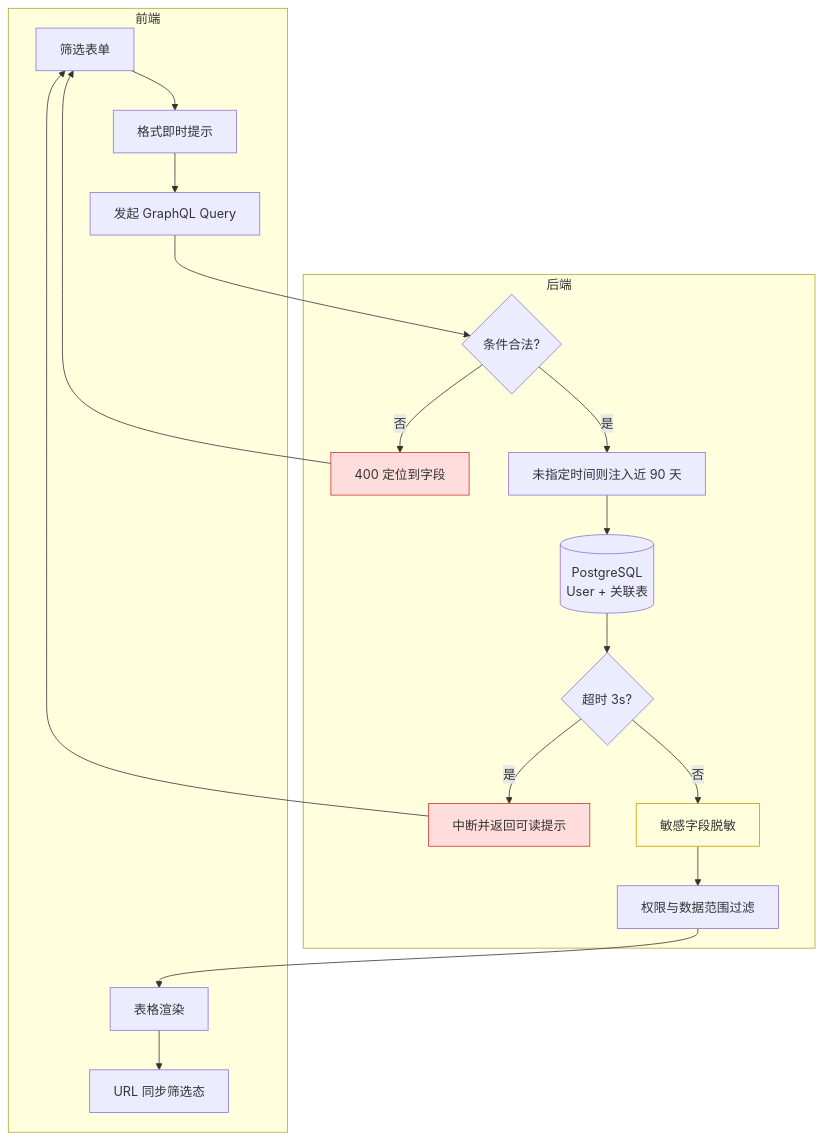
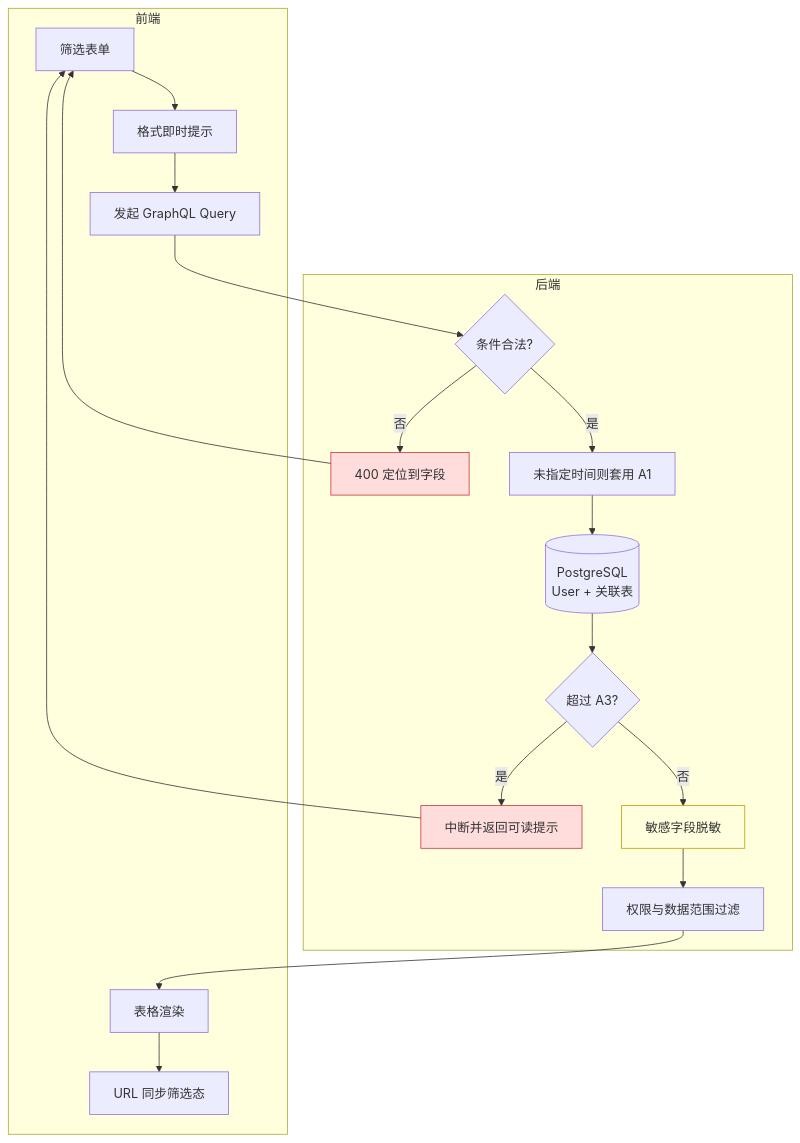
Before and after one commit to bingo-lab-1/bingo-figma: the second of 2 diagrams in M2-用户管理/2.1-用户列表/README.md, drawn with Mermaid. The commit also changed other lines of this file and 2 other files, not shown here.

First line of the commit message:
docs(2.1): 按 PRD 与流程图指南整改 — 消灭重复信息,补假设清单与流程图

````diff
--- a/M2-用户管理/2.1-用户列表/README.md
+++ b/M2-用户管理/2.1-用户列表/README.md
@@ -119,25 +176,25 @@
 ```mermaid
 flowchart TD
     subgraph FE[前端]
         A[筛选表单] --> B[格式即时提示]
         B --> C[发起 GraphQL Query]
         M[表格渲染] --> N[URL 同步筛选态]
     end
     subgraph BE[后端]
         C --> D{条件合法?}
         D -- 否 --> E[400 定位到字段]
-        D -- 是 --> F[未指定时间则注入近 90 天]
+        D -- 是 --> F[未指定时间则套用 A1]
         F --> G[(PostgreSQL<br/>User + 关联表)]
-        G --> H{超时 3s?}
+        G --> H{超过 A3?}
         H -- 是 --> I[中断并返回可读提示]
         H -- 否 --> J[敏感字段脱敏]
         J --> K[权限与数据范围过滤]
         K --> M
     end
     E --> A
     I --> A
 
     style E fill:#fdd,stroke:#c33
     style I fill:#fdd,stroke:#c33
     style J fill:#ffd,stroke:#c90
 ```
````
